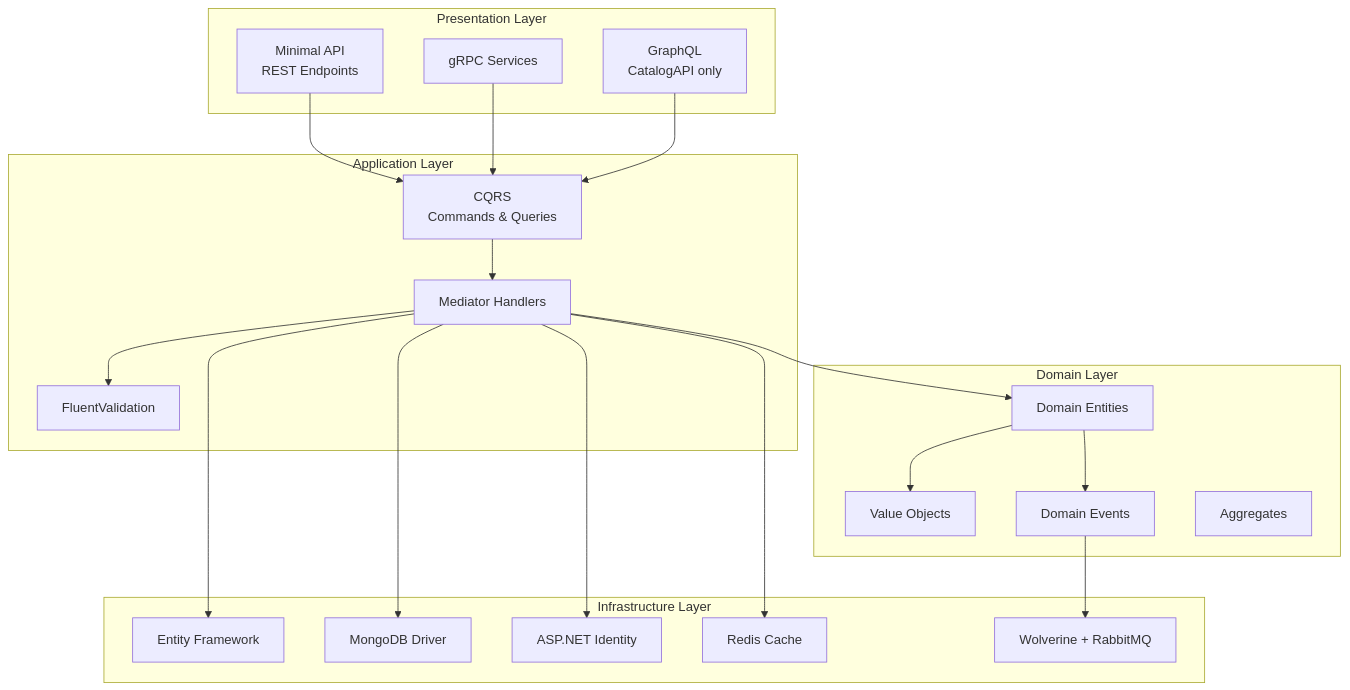
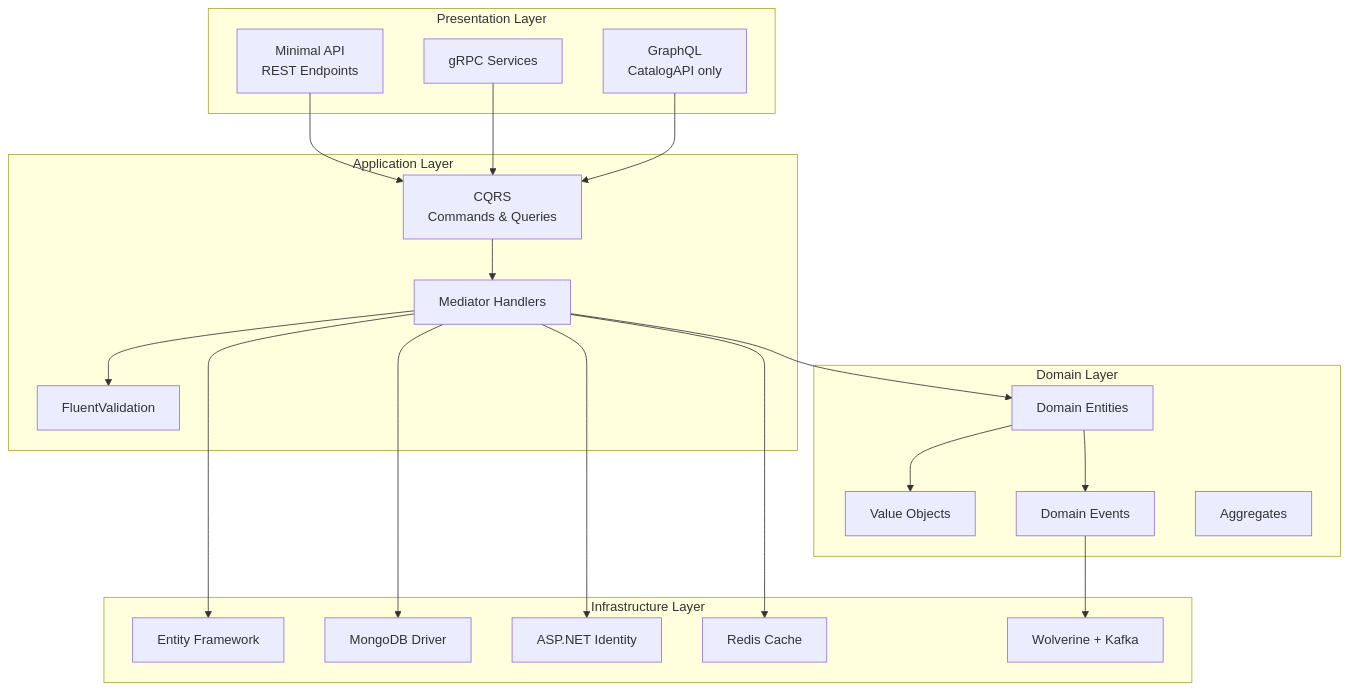
One commit to gndev-vn/DDDSample changed the third of 10 diagrams in docs/architecture.md. Above: the diagram before and after it, drawn with Mermaid. The commit also changed other lines of this file and 176 other files, not shown here.

````diff
--- a/docs/architecture.md
+++ b/docs/architecture.md
@@ -226,43 +226,43 @@
 ```mermaid
 graph TB
     subgraph "Presentation Layer"
         Endpoints[Minimal API<br/>REST Endpoints]
         gRPC[gRPC Services]
         GraphQL[GraphQL<br/>CatalogAPI only]
     end
 
     subgraph "Application Layer"
         CQRS[CQRS<br/>Commands & Queries]
         Handlers[Mediator Handlers]
         Validators[FluentValidation]
     end
 
     subgraph "Domain Layer"
         Entities[Domain Entities]
         ValueObjects[Value Objects]
         DomainEvents[Domain Events]
         Aggregates[Aggregates]
     end
 
     subgraph "Infrastructure Layer"
         EF[Entity Framework]
         MongoDB[MongoDB Driver]
         Identity[ASP.NET Identity]
         Redis[Redis Cache]
-        RabbitMQ[Wolverine + RabbitMQ]
+        Kafka[Wolverine + Kafka]
     end
 
     Endpoints --> CQRS
     gRPC --> CQRS
     GraphQL --> CQRS
     CQRS --> Handlers
     Handlers --> Validators
     Handlers --> Entities
     Entities --> ValueObjects
     Entities --> DomainEvents
-    DomainEvents --> RabbitMQ
+    DomainEvents --> Kafka
     Handlers --> EF
     Handlers --> MongoDB
     Handlers --> Identity
     Handlers --> Redis
 ```
````
